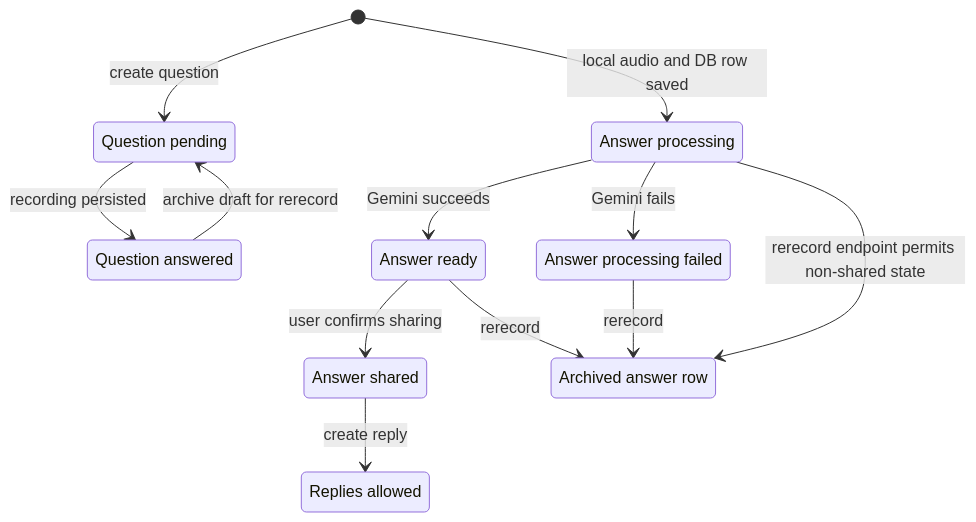
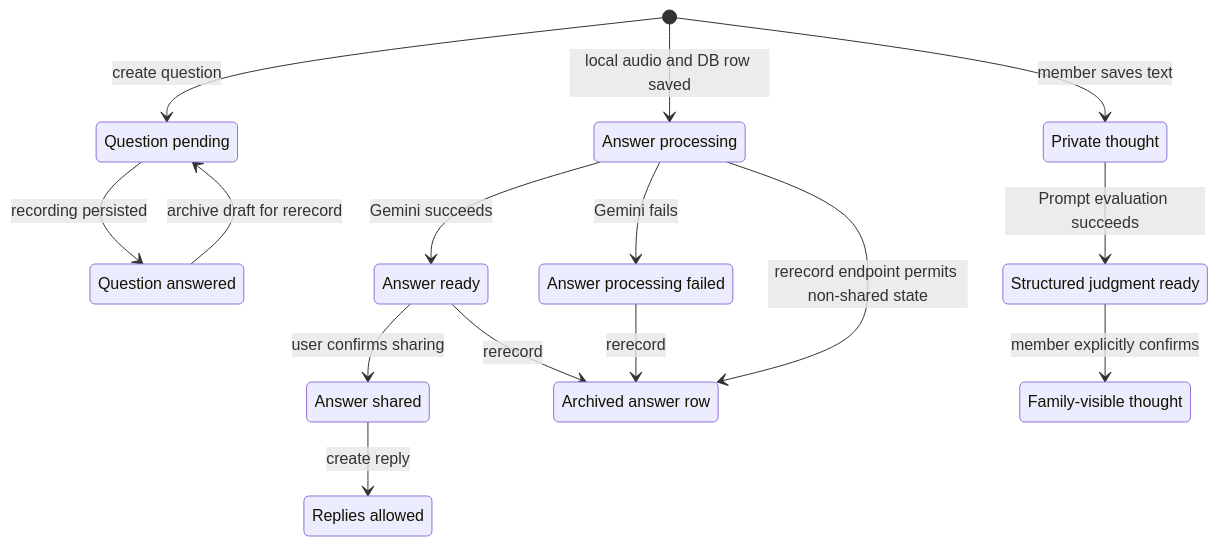
One commit to flyfy1/family-context changed the second of 3 diagrams in Docs/family-daily-backend-data-structure.md. Above: the diagram before and after it, drawn with Mermaid. The commit also changed other lines of this file, not shown here.

Commit message:
Document judgment prompt data model

````diff
--- a/Docs/family-daily-backend-data-structure.md
+++ b/Docs/family-daily-backend-data-structure.md
@@ -120,24 +148,31 @@
 ```mermaid
 stateDiagram-v2
     state "Question pending" as q_pending
     state "Question answered" as q_answered
     state "Answer processing" as a_processing
     state "Answer ready" as a_ready
     state "Answer processing failed" as a_failed
     state "Answer shared" as a_shared
     state "Archived answer row" as a_archived
     state "Replies allowed" as replies
+    state "Private thought" as thought_private
+    state "Structured judgment ready" as judgment_ready
+    state "Family-visible thought" as thought_shared
 
     [*] --> q_pending: create question
     q_pending --> q_answered: recording persisted
     q_answered --> q_pending: archive draft for rerecord
 
     [*] --> a_processing: local audio and DB row saved
     a_processing --> a_ready: Gemini succeeds
     a_processing --> a_failed: Gemini fails
     a_ready --> a_shared: user confirms sharing
     a_processing --> a_archived: rerecord endpoint permits non-shared state
     a_ready --> a_archived: rerecord
     a_failed --> a_archived: rerecord
     a_shared --> replies: create reply
+
+    [*] --> thought_private: member saves text
+    thought_private --> judgment_ready: Prompt evaluation succeeds
+    judgment_ready --> thought_shared: member explicitly confirms
 ```
````
